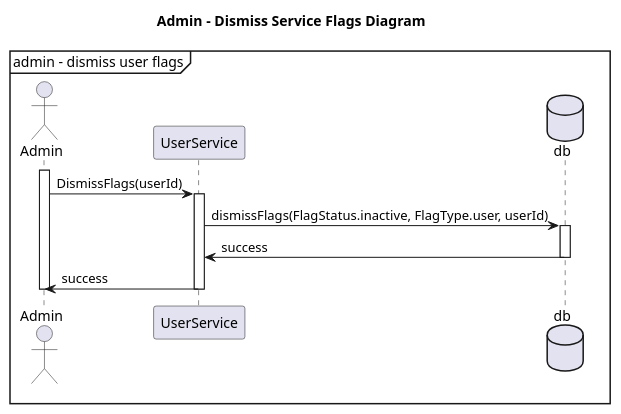
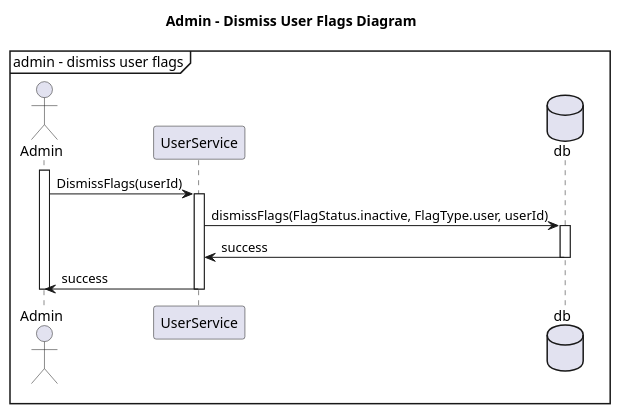
The diagram in diagrams/sequence-diagram-admin-dismiss-user-flags.puml (zeyneplervesarp/swe574-javagang), drawn with PlantUML before and after one commit. The commit also changed 1 other file, not shown here.

Commit message:
update diagram name

```diff
--- a/diagrams/sequence-diagram-admin-dismiss-user-flags.puml
+++ b/diagrams/sequence-diagram-admin-dismiss-user-flags.puml
@@ -1,20 +1,20 @@
 @startuml
 
 mainframe admin - dismiss user flags
 
-title "Admin - Dismiss Service Flags Diagram"
+title "Admin - Dismiss User Flags Diagram"
 actor Admin
 participant UserService
 database db
 
 activate Admin
 Admin -> UserService : DismissFlags(userId)
 activate UserService
 UserService -> db : dismissFlags(FlagStatus.inactive, FlagType.user, userId)
 activate db
 db -> UserService: success
 deactivate db
 UserService -> Admin: success
 deactivate UserService
 deactivate Admin
 @enduml
```
